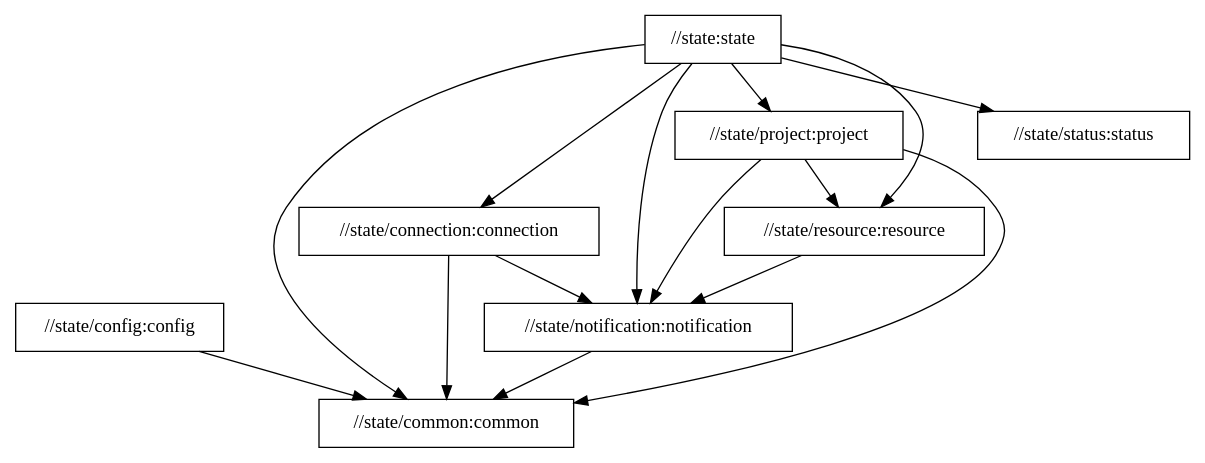
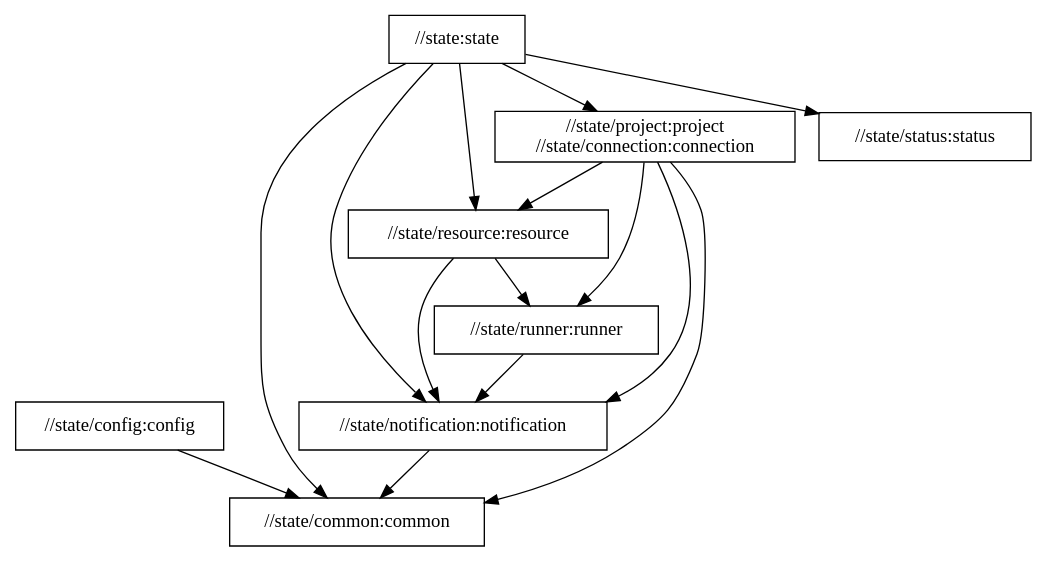
The diagram in docs/state-package-structure.dot (typedb/typedb-studio), drawn with Graphviz before and after one commit. The commit also changed 18 other files, not shown here.

```diff
--- a/docs/state-package-structure.dot
+++ b/docs/state-package-structure.dot
@@ -1,25 +1,25 @@
 digraph mygraph {
   node [shape=box];
   "//state/config:config"
   "//state/config:config" -> "//state/common:common"
   "//state:state"
   "//state:state" -> "//state/common:common"
-  "//state:state" -> "//state/connection:connection"
+  "//state:state" -> "//state/project:project\n//state/connection:connection"
   "//state:state" -> "//state/notification:notification"
-  "//state:state" -> "//state/project:project"
   "//state:state" -> "//state/resource:resource"
   "//state:state" -> "//state/status:status"
   "//state/status:status"
-  "//state/connection:connection"
-  "//state/connection:connection" -> "//state/common:common"
-  "//state/connection:connection" -> "//state/notification:notification"
-  "//state/project:project"
-  "//state/project:project" -> "//state/common:common"
-  "//state/project:project" -> "//state/notification:notification"
-  "//state/project:project" -> "//state/resource:resource"
+  "//state/project:project\n//state/connection:connection"
+  "//state/project:project\n//state/connection:connection" -> "//state/common:common"
+  "//state/project:project\n//state/connection:connection" -> "//state/notification:notification"
+  "//state/project:project\n//state/connection:connection" -> "//state/resource:resource"
+  "//state/project:project\n//state/connection:connection" -> "//state/runner:runner"
   "//state/resource:resource"
   "//state/resource:resource" -> "//state/notification:notification"
+  "//state/resource:resource" -> "//state/runner:runner"
+  "//state/runner:runner"
+  "//state/runner:runner" -> "//state/notification:notification"
   "//state/notification:notification"
   "//state/notification:notification" -> "//state/common:common"
   "//state/common:common"
 }
```
